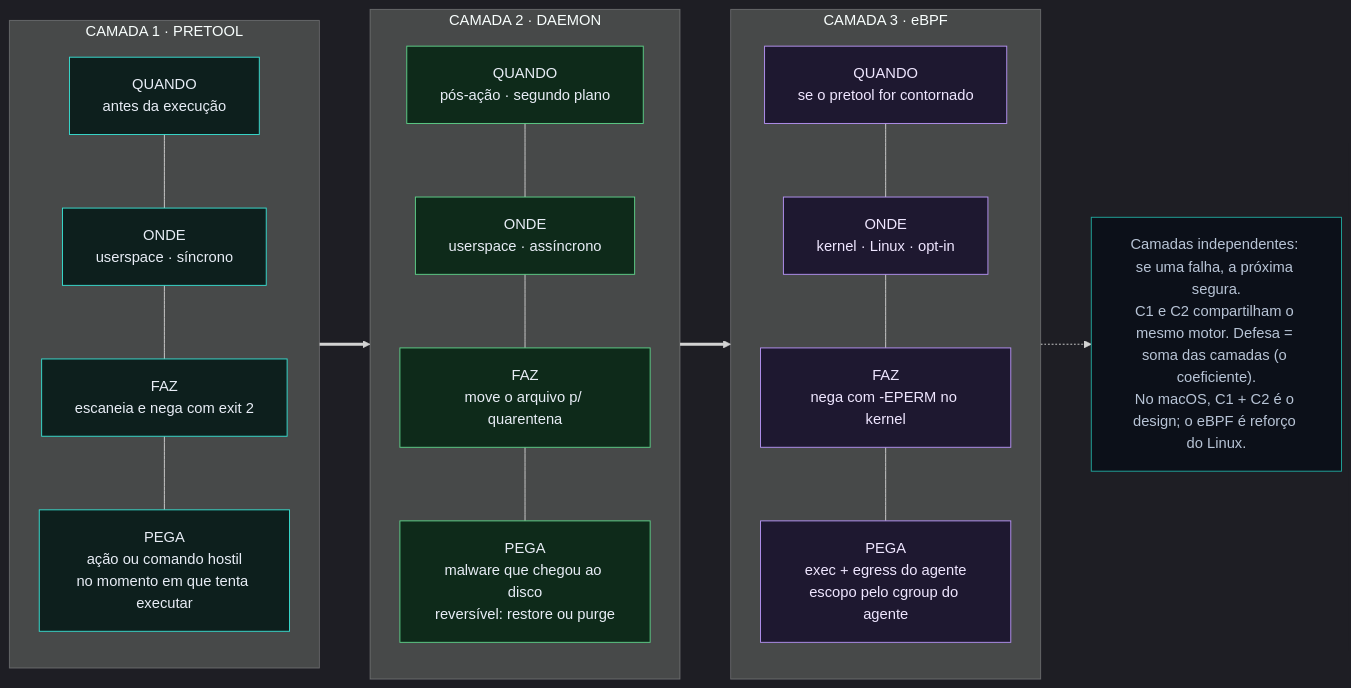
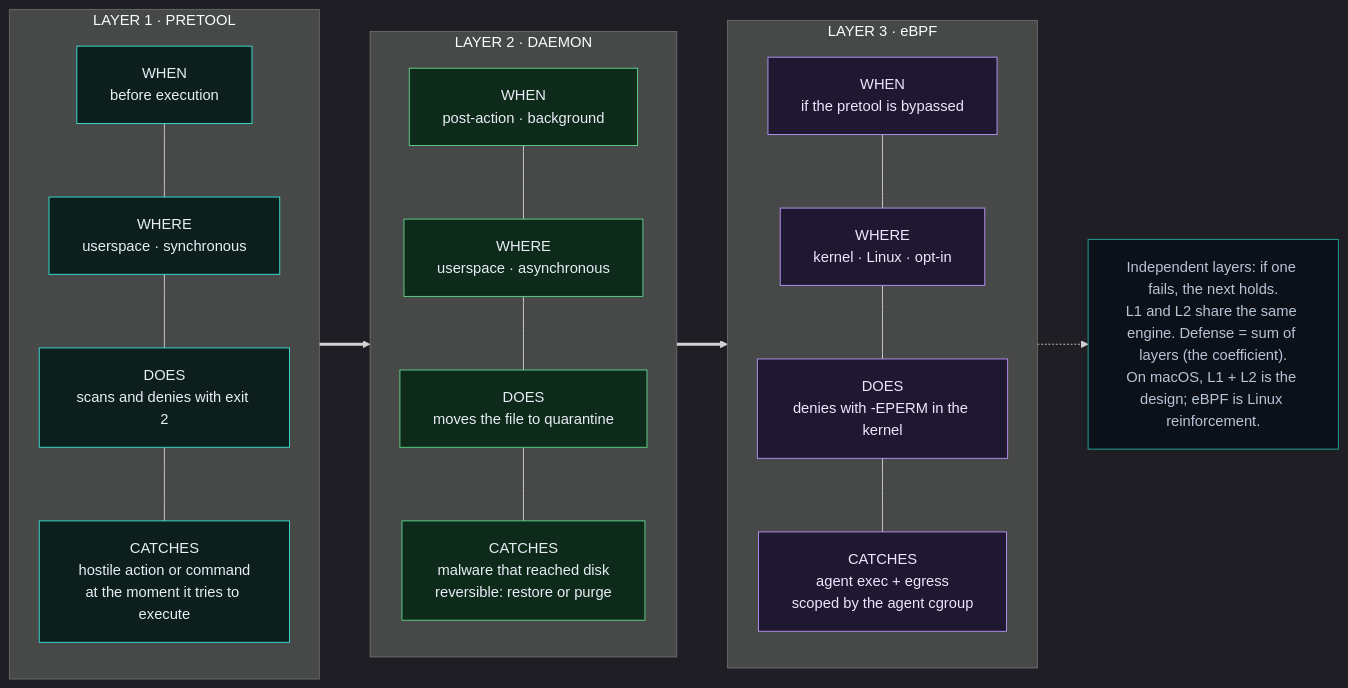
Before and after one commit to feryamaha/Nemesis_Defender_v0: the diagram in onboarding/diagramas/tres-camadas.mmd, drawn with Mermaid. The commit also changed 67 other files, not shown here.

```diff
--- a/onboarding/diagramas/tres-camadas.mmd
+++ b/onboarding/diagramas/tres-camadas.mmd
@@ -1,38 +1,38 @@
 %%{init: {"theme":"dark", "flowchart": {"htmlLabels": true, "curve": "basis", "padding": 18, "nodeSpacing": 45, "rankSpacing": 55}}}%%
 flowchart LR
-subgraph C1["CAMADA 1 · PRETOOL"]
+subgraph C1["LAYER 1 · PRETOOL"]
   direction TB
-  a1["QUANDO<br/>antes da execução"]
-  a2["ONDE<br/>userspace · síncrono"]
-  a3["FAZ<br/>escaneia e nega com exit 2"]
-  a4["PEGA<br/>ação ou comando hostil<br/>no momento em que tenta executar"]
+  a1["WHEN<br/>before execution"]
+  a2["WHERE<br/>userspace · synchronous"]
+  a3["DOES<br/>scans and denies with exit 2"]
+  a4["CATCHES<br/>hostile action or command<br/>at the moment it tries to execute"]
   a1 --- a2 --- a3 --- a4
 end
-subgraph C2["CAMADA 2 · DAEMON"]
+subgraph C2["LAYER 2 · DAEMON"]
   direction TB
-  b1["QUANDO<br/>pós-ação · segundo plano"]
-  b2["ONDE<br/>userspace · assíncrono"]
-  b3["FAZ<br/>move o arquivo p/ quarentena"]
-  b4["PEGA<br/>malware que chegou ao disco<br/>reversível: restore ou purge"]
+  b1["WHEN<br/>post-action · background"]
+  b2["WHERE<br/>userspace · asynchronous"]
+  b3["DOES<br/>moves the file to quarantine"]
+  b4["CATCHES<br/>malware that reached disk<br/>reversible: restore or purge"]
   b1 --- b2 --- b3 --- b4
 end
-subgraph C3["CAMADA 3 · eBPF"]
+subgraph C3["LAYER 3 · eBPF"]
   direction TB
-  c1["QUANDO<br/>se o pretool for contornado"]
-  c2["ONDE<br/>kernel · Linux · opt-in"]
-  c3["FAZ<br/>nega com -EPERM no kernel"]
-  c4["PEGA<br/>exec + egress do agente<br/>escopo pelo cgroup do agente"]
+  c1["WHEN<br/>if the pretool is bypassed"]
+  c2["WHERE<br/>kernel · Linux · opt-in"]
+  c3["DOES<br/>denies with -EPERM in the kernel"]
+  c4["CATCHES<br/>agent exec + egress<br/>scoped by the agent cgroup"]
   c1 --- c2 --- c3 --- c4
 end
 C1 ==> C2 ==> C3
-NOTE["Camadas independentes: se uma falha, a próxima segura.<br/>C1 e C2 compartilham o mesmo motor. Defesa = soma das camadas (o coeficiente).<br/>No macOS, C1 + C2 é o design; o eBPF é reforço do Linux."]
+NOTE["Independent layers: if one fails, the next holds.<br/>L1 and L2 share the same engine. Defense = sum of layers (the coefficient).<br/>On macOS, L1 + L2 is the design; eBPF is Linux reinforcement."]
 C3 -.-> NOTE
 
 classDef l1 fill:#0d1f1d,stroke:#38e1d3,color:#e8edf6;
 classDef l2 fill:#0e2a1a,stroke:#5fd38a,color:#e8edf6;
 classDef l3 fill:#1e1830,stroke:#b794f6,color:#efe6ff;
 classDef note fill:#0c1019,stroke:#21a99e,color:#b8c4d6;
 class a1,a2,a3,a4 l1;
 class b1,b2,b3,b4 l2;
 class c1,c2,c3,c4 l3;
 class NOTE note;
```
